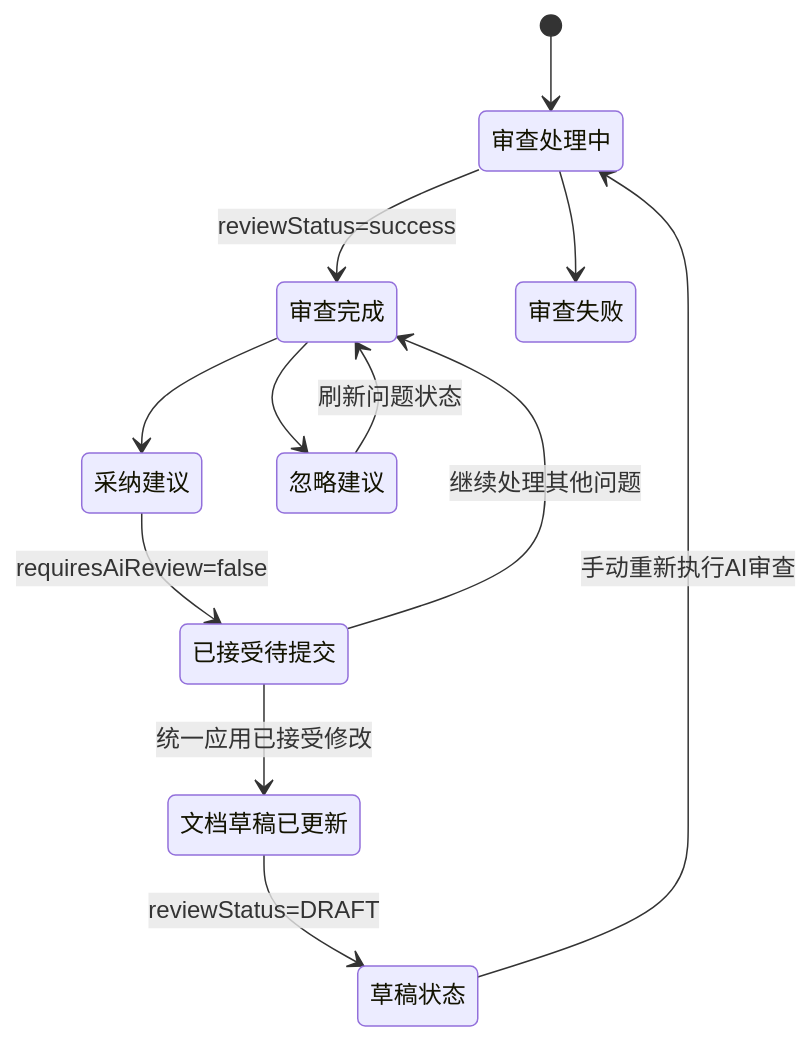
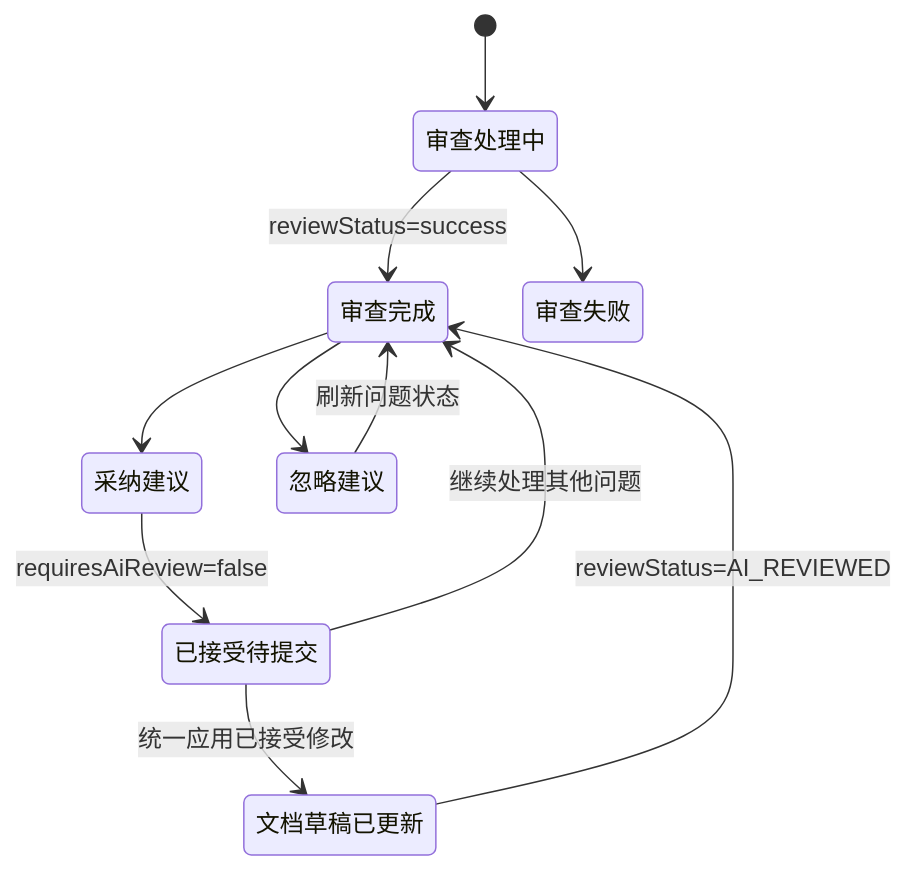
One commit to sunjin0/aether changed the diagram in docs/agent-platform/KNOWLEDGE_AI_REVIEW_DIFF_FRONTEND_INTEGRATION.md. Above: the diagram before and after it, drawn with Mermaid. The commit also changed other lines of this file and 11 other files, not shown here.

````diff
--- a/docs/agent-platform/KNOWLEDGE_AI_REVIEW_DIFF_FRONTEND_INTEGRATION.md
+++ b/docs/agent-platform/KNOWLEDGE_AI_REVIEW_DIFF_FRONTEND_INTEGRATION.md
@@ -307,14 +307,13 @@
 ```mermaid
 stateDiagram-v2
   [*] --> 审查处理中
   审查处理中 --> 审查完成: reviewStatus=success
   审查处理中 --> 审查失败
   审查完成 --> 采纳建议
   审查完成 --> 忽略建议
   忽略建议 --> 审查完成: 刷新问题状态
   采纳建议 --> 已接受待提交: requiresAiReview=false
   已接受待提交 --> 审查完成: 继续处理其他问题
   已接受待提交 --> 文档草稿已更新: 统一应用已接受修改
-  文档草稿已更新 --> 草稿状态: reviewStatus=DRAFT
-  草稿状态 --> 审查处理中: 手动重新执行AI审查
+  文档草稿已更新 --> 审查完成: reviewStatus=AI_REVIEWED
 ```
````
